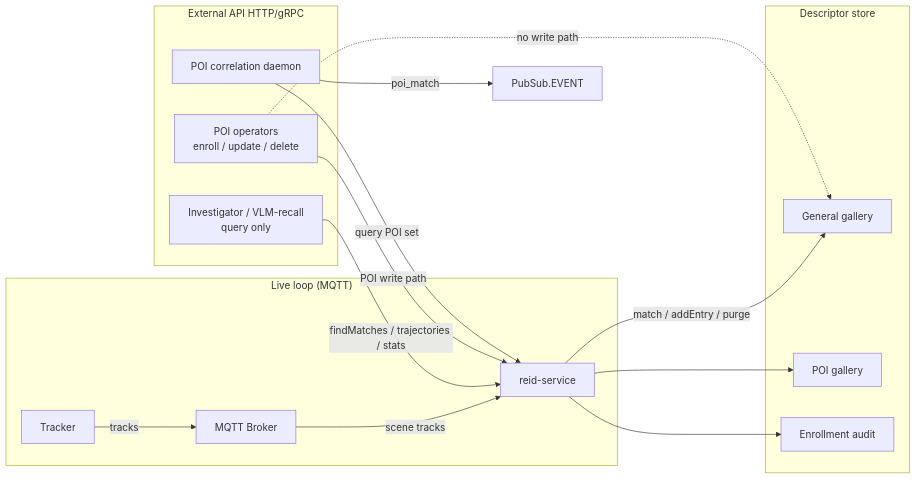
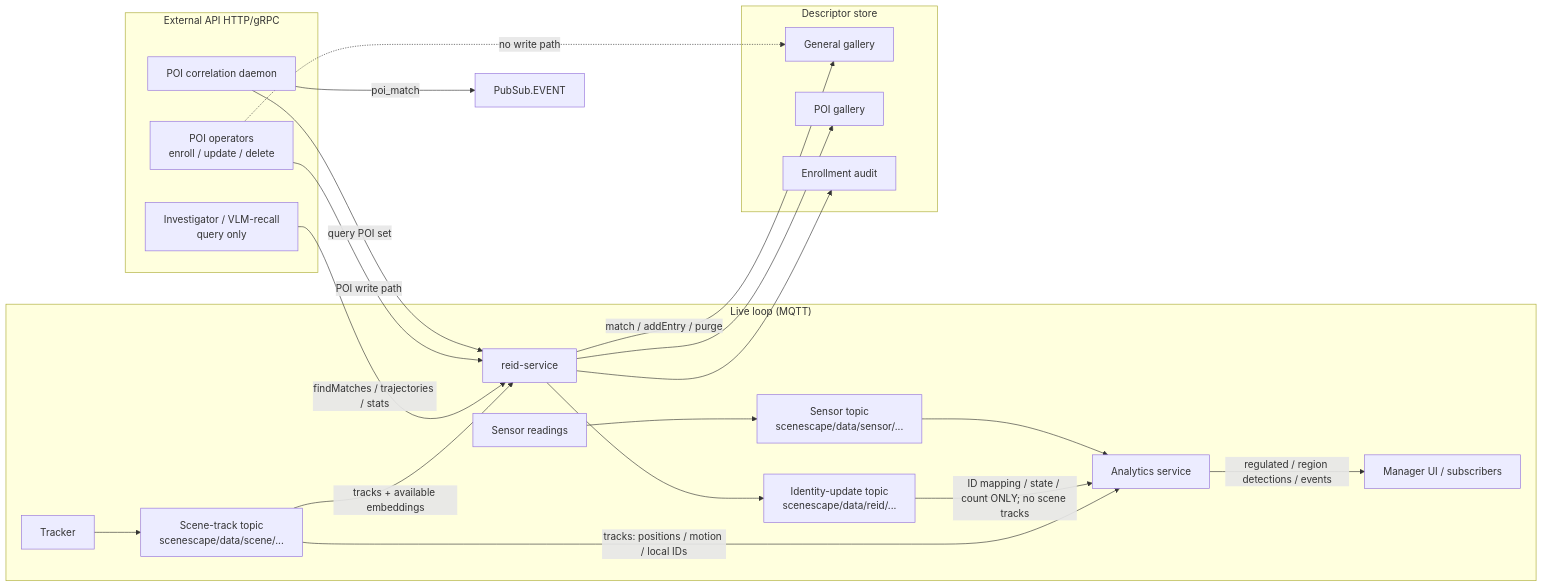
The diagram in docs/design/reid-service.md (open-edge-platform/scenescape), drawn with Mermaid before and after one commit. The commit also changed other lines of this file and 3 other files, not shown here.

````diff
--- a/docs/design/reid-service.md
+++ b/docs/design/reid-service.md
@@ -112,30 +114,36 @@
 ```mermaid
 flowchart LR
   subgraph Live["Live loop (MQTT)"]
-    TRK[Tracker] -->|tracks| MQTT[MQTT Broker]
-    MQTT -->|scene tracks| REID[reid-service]
+    TRK[Tracker] --> TRACKS["Scene-track topic<br/>scenescape/data/scene/..."]
+    TRACKS -->|tracks + available embeddings| REID[reid-service]
+    TRACKS -->|tracks: positions / motion / local IDs| AN[Analytics service]
+    REID --> IDS["Identity-update topic<br/>scenescape/data/reid/..."]
+    IDS -->|ID mapping / state / count ONLY; no scene tracks| AN
+    SEN[Sensor readings] --> SENSORS["Sensor topic<br/>scenescape/data/sensor/..."]
+    SENSORS --> AN
+    AN -->|regulated / region detections / events| OUT[Manager UI / subscribers]
   end
 
   subgraph Store["Descriptor store"]
     GEN[General gallery]
     POI[POI gallery]
     AUD[Enrollment audit]
   end
 
   REID -->|match / addEntry / purge| GEN
   REID --> POI
   REID --> AUD
 
   subgraph Ext["External API HTTP/gRPC"]
     INV[Investigator / VLM-recall<br/>query only]
     OPS[POI operators<br/>enroll / update / delete]
     COR[POI correlation daemon]
   end
 
   INV -->|findMatches / trajectories / stats| REID
   OPS -->|POI write path| REID
   COR -->|query POI set| REID
   COR -->|poi_match| EVT[PubSub.EVENT]
 
   OPS -.->|no write path| GEN
 ```
````
